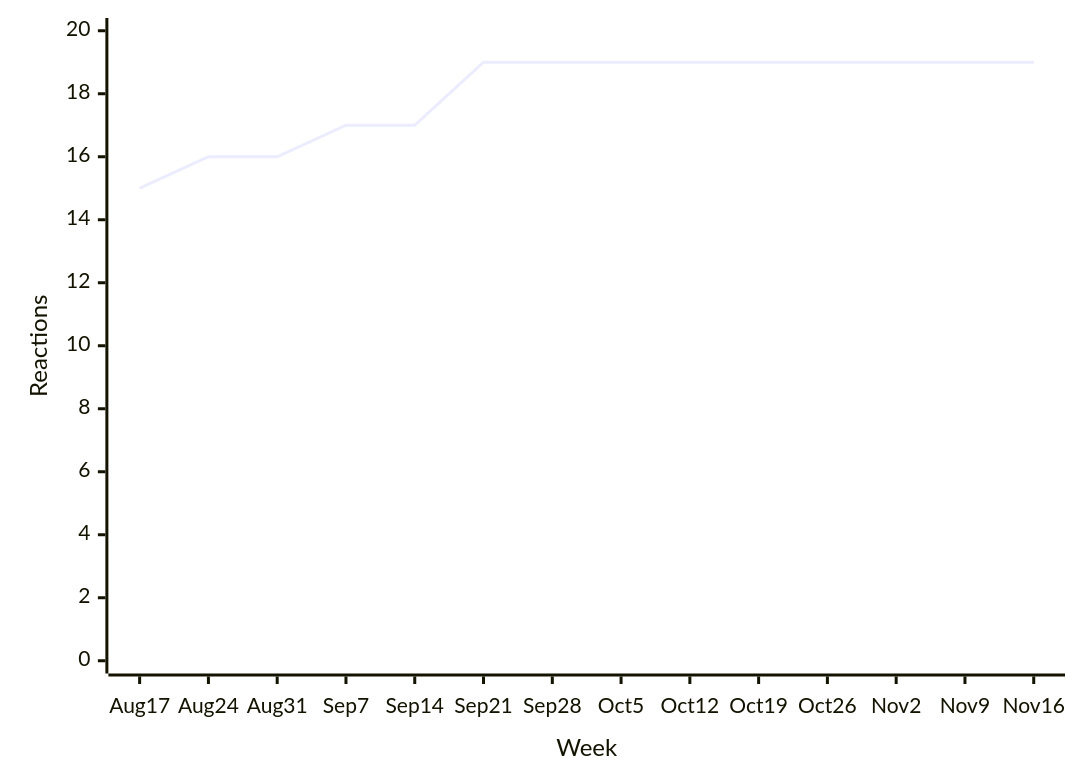
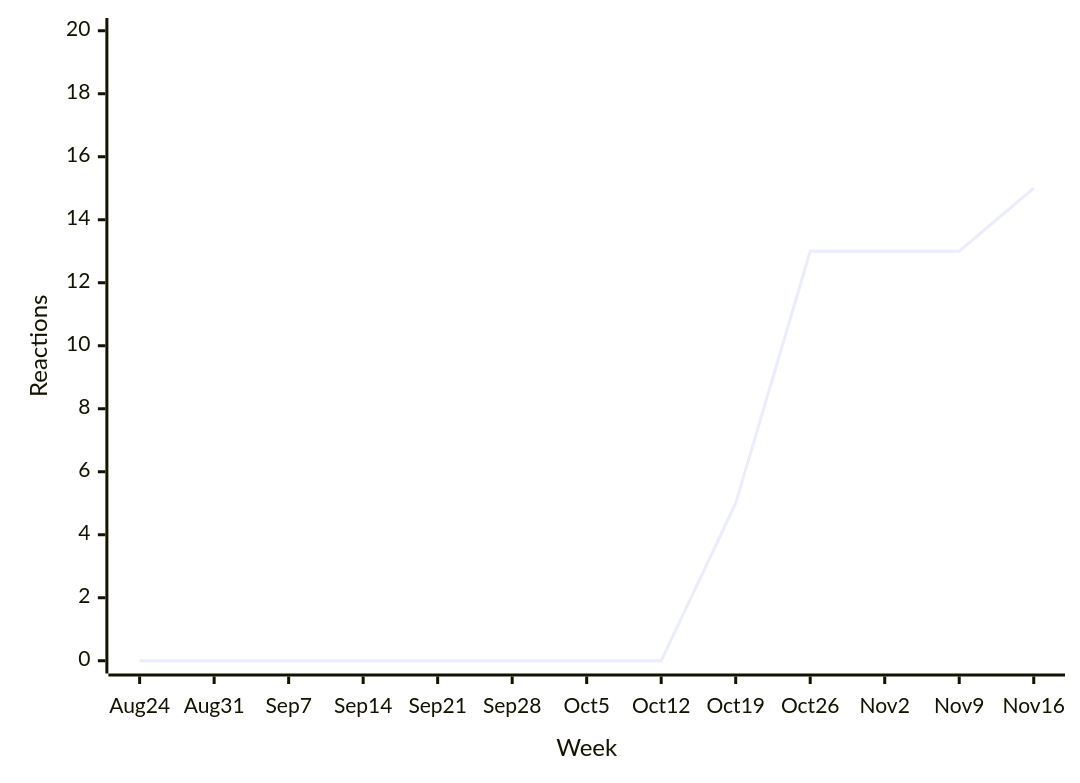
The seventh of 31 diagrams in README.md (loic-sharma/github-insights), drawn with Mermaid before and after one commit. The commit also changed other lines of this file and 3 other files, not shown here.

````diff
--- a/README.md
+++ b/README.md
@@ -426,6 +426,6 @@
   ```mermaid
   xychart-beta
-    x-axis "Week" [Aug 17, Aug 24, Aug 31, Sep 7, Sep 14, Sep 21, Sep 28, Oct 5, Oct 12, Oct 19, Oct 26, Nov 2, Nov 9, Nov 16]
+    x-axis "Week" [Aug 24, Aug 31, Sep 7, Sep 14, Sep 21, Sep 28, Oct 5, Oct 12, Oct 19, Oct 26, Nov 2, Nov 9, Nov 16]
     y-axis "Reactions" 0 --> 20
-    line [15, 16, 16, 17, 17, 19, 19, 19, 19, 19, 19, 19, 19, 19]
+    line [0, 0, 0, 0, 0, 0, 0, 0, 5, 13, 13, 13, 15]
   ```
````
